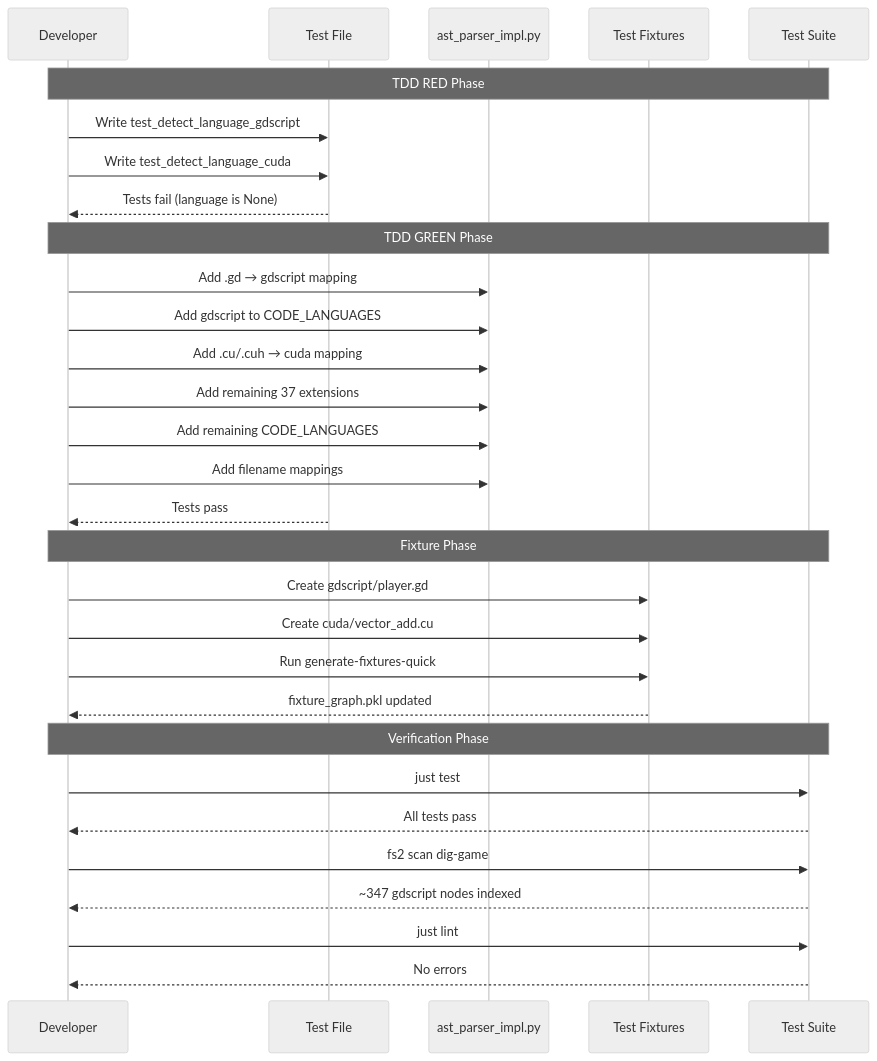
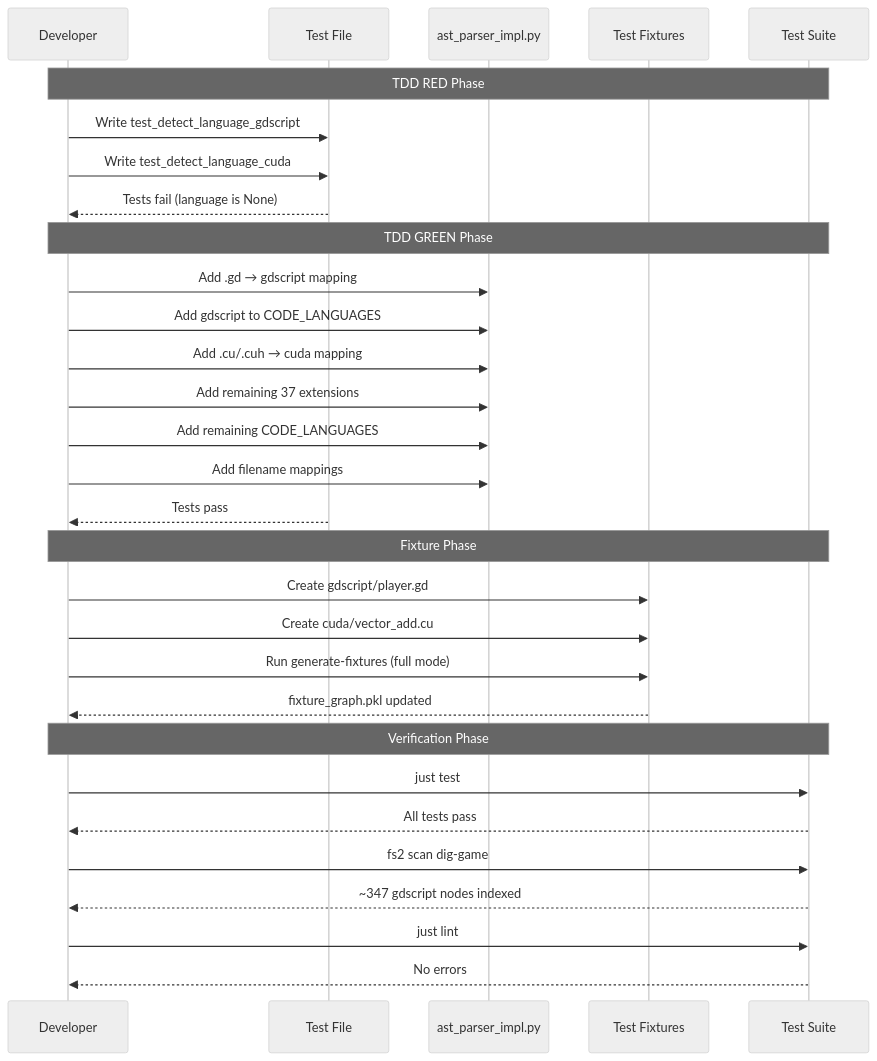
One commit to AI-Substrate/flow_squared changed the third of 3 diagrams in docs/plans/016-scan-fix/tasks/implementation/tasks.md. Above: the diagram before and after it, drawn with Mermaid (neutral theme). The commit also changed other lines of this file and 28 other files, not shown here.

````diff
--- a/docs/plans/016-scan-fix/tasks/implementation/tasks.md
+++ b/docs/plans/016-scan-fix/tasks/implementation/tasks.md
@@ -280,36 +280,36 @@
 ```mermaid
 sequenceDiagram
     participant Dev as Developer
     participant Test as Test File
     participant Impl as ast_parser_impl.py
     participant Fixture as Test Fixtures
     participant CI as Test Suite
 
     Note over Dev,CI: TDD RED Phase
     Dev->>Test: Write test_detect_language_gdscript
     Dev->>Test: Write test_detect_language_cuda
     Test-->>Dev: Tests fail (language is None)
 
     Note over Dev,CI: TDD GREEN Phase
     Dev->>Impl: Add .gd → gdscript mapping
     Dev->>Impl: Add gdscript to CODE_LANGUAGES
     Dev->>Impl: Add .cu/.cuh → cuda mapping
     Dev->>Impl: Add remaining 37 extensions
     Dev->>Impl: Add remaining CODE_LANGUAGES
     Dev->>Impl: Add filename mappings
     Test-->>Dev: Tests pass
 
     Note over Dev,CI: Fixture Phase
     Dev->>Fixture: Create gdscript/player.gd
     Dev->>Fixture: Create cuda/vector_add.cu
-    Dev->>Fixture: Run generate-fixtures-quick
+    Dev->>Fixture: Run generate-fixtures (full mode)
     Fixture-->>Dev: fixture_graph.pkl updated
 
     Note over Dev,CI: Verification Phase
     Dev->>CI: just test
     CI-->>Dev: All tests pass
     Dev->>CI: fs2 scan dig-game
     CI-->>Dev: ~347 gdscript nodes indexed
     Dev->>CI: just lint
     CI-->>Dev: No errors
 ```
````
